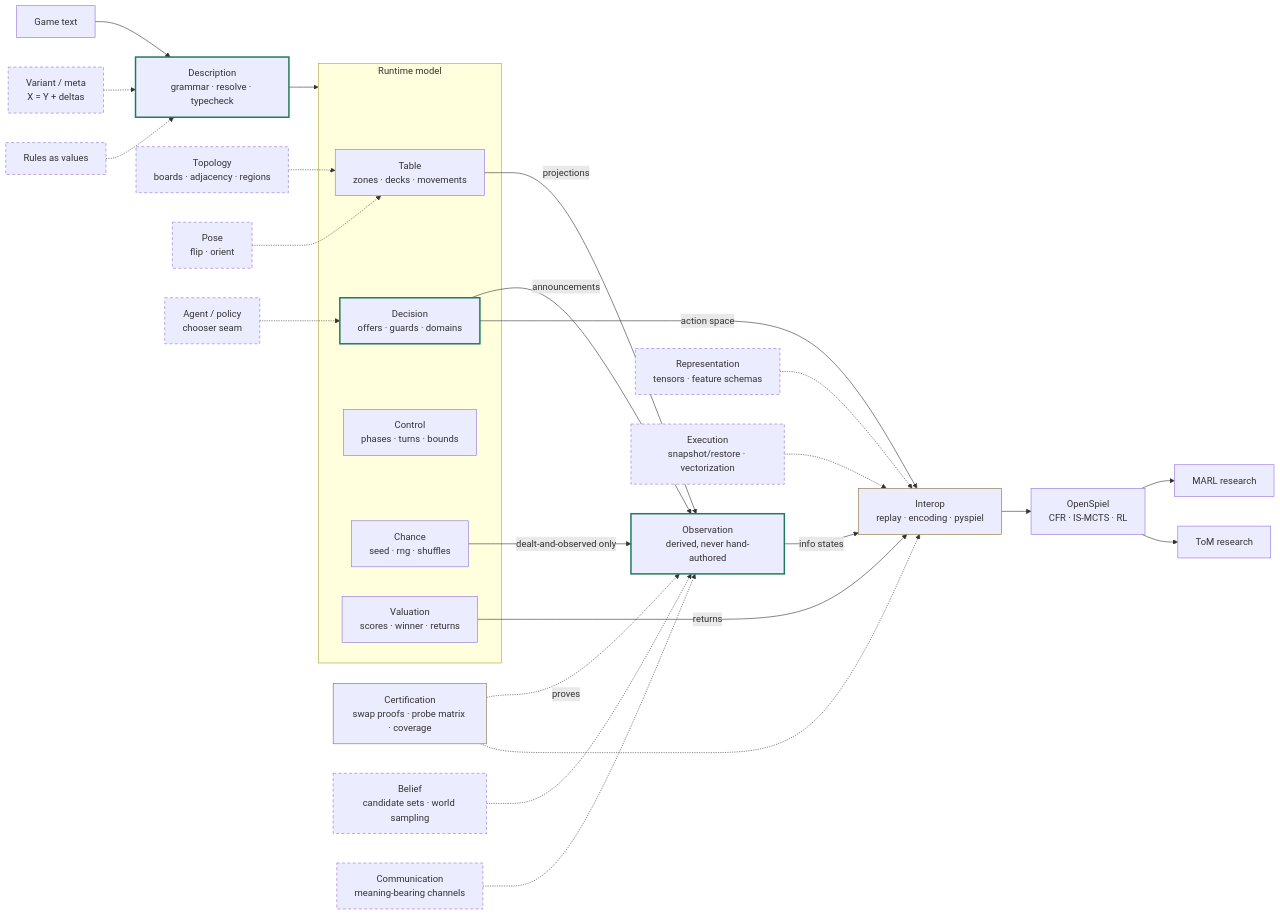
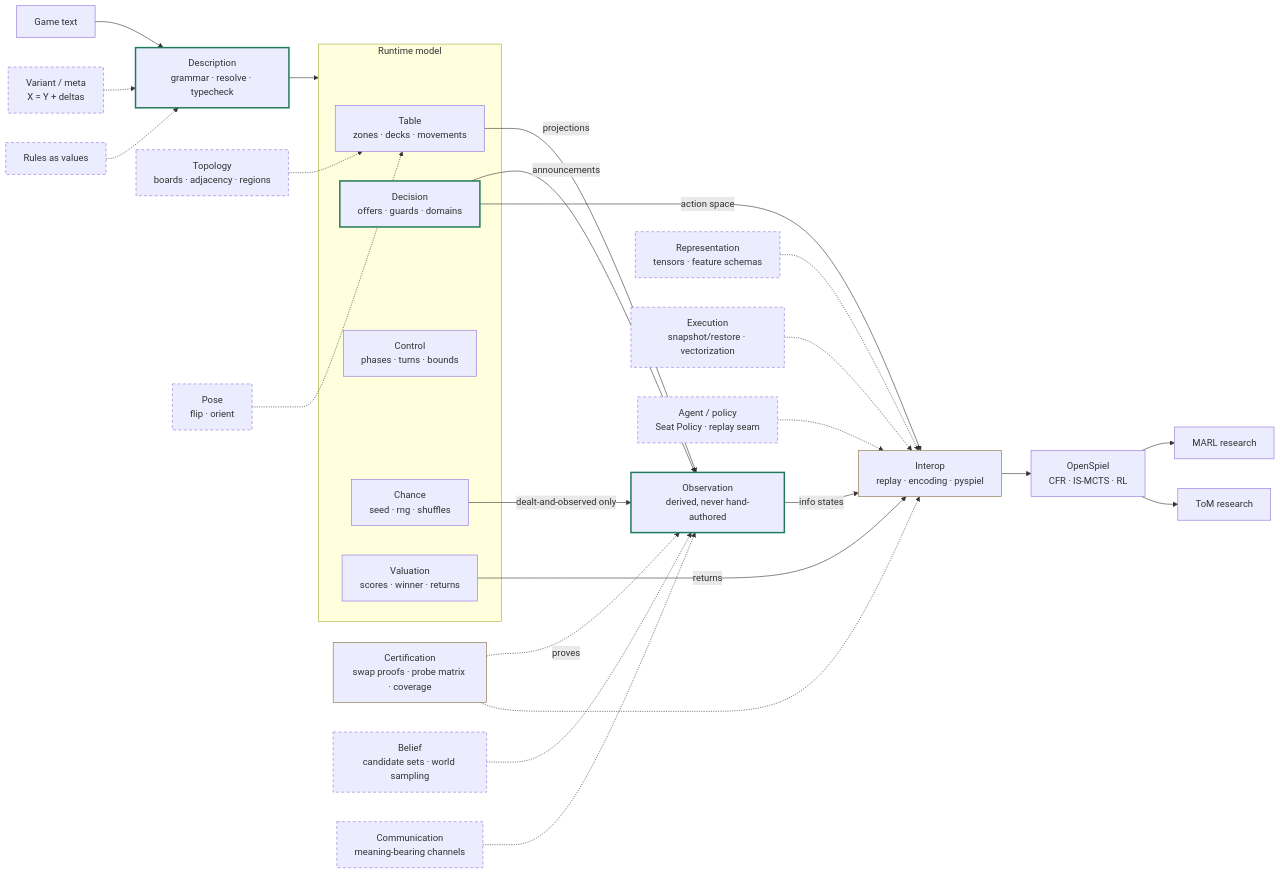
One commit to jbgh2/card-game-dsl changed the diagram in docs/design-notes/domain-map.md. Above: the diagram before and after it, drawn with Mermaid. The commit also changed other lines of this file and 5 other files, not shown here.

````diff
--- a/docs/design-notes/domain-map.md
+++ b/docs/design-notes/domain-map.md
@@ -20,38 +20,38 @@
 ```mermaid
 flowchart LR
   classDef core stroke:#1E7A5A,stroke-width:2.5px
   classDef future stroke-dasharray: 5 4
   classDef infra stroke:#8A6D3B
 
   text[Game text] --> desc[Description<br/>grammar · resolve · typecheck]:::core
   subgraph runtime [Runtime model]
     table[Table<br/>zones · decks · movements]
     decision[Decision<br/>offers · guards · domains]:::core
     control[Control<br/>phases · turns · bounds]
     chance[Chance<br/>seed · rng · shuffles]
     valuation[Valuation<br/>scores · winner · returns]
   end
   desc --> runtime
   table -- projections --> obs
   decision -- announcements --> obs
   chance -- dealt-and-observed only --> obs
   obs[Observation<br/>derived, never hand-authored]:::core
   obs -- info states --> interop[Interop<br/>replay · encoding · pyspiel]:::infra
   decision -- action space --> interop
   valuation -- returns --> interop
   cert[Certification<br/>swap proofs · probe matrix · coverage]:::infra -. proves .-> obs
   cert -.-> interop
   interop --> algos[OpenSpiel<br/>CFR · IS-MCTS · RL]
   algos --> marl[MARL research]
   algos --> tom[ToM research]
 
   topo[Topology<br/>boards · adjacency · regions]:::future -.-> table
   pose[Pose<br/>flip · orient]:::future -.-> table
   belief[Belief<br/>candidate sets · world sampling]:::future -.-> obs
   comm[Communication<br/>meaning-bearing channels]:::future -.-> obs
   repr[Representation<br/>tensors · feature schemas]:::future -.-> interop
   exec[Execution<br/>snapshot/restore · vectorization]:::future -.-> interop
-  agent[Agent / policy<br/>chooser seam]:::future -.-> decision
+  agent[Agent / policy<br/>Seat Policy · replay seam]:::future -.-> interop
   variant[Variant / meta<br/>X = Y + deltas]:::future -.-> desc
   rules[Rules as values]:::future -.-> desc
 ```
````
